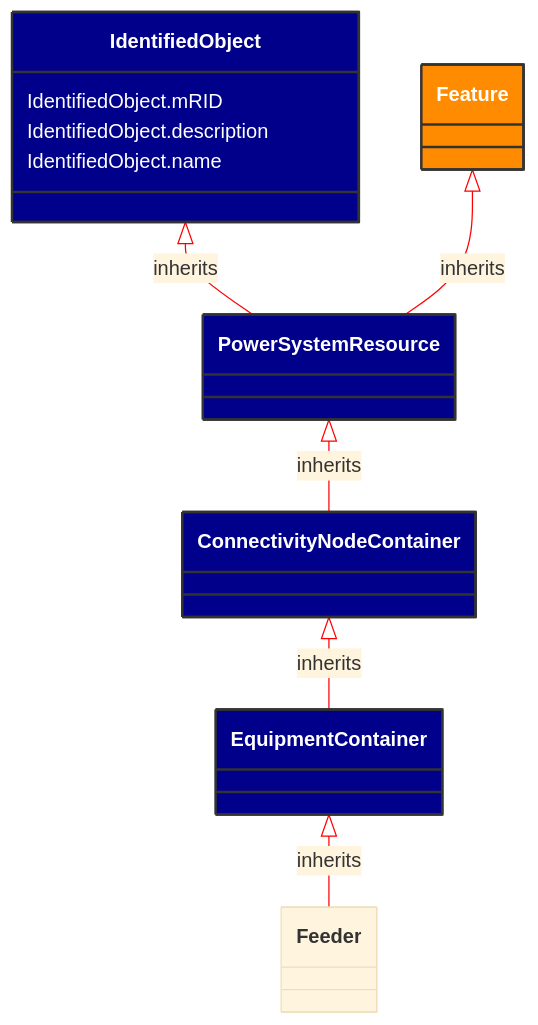
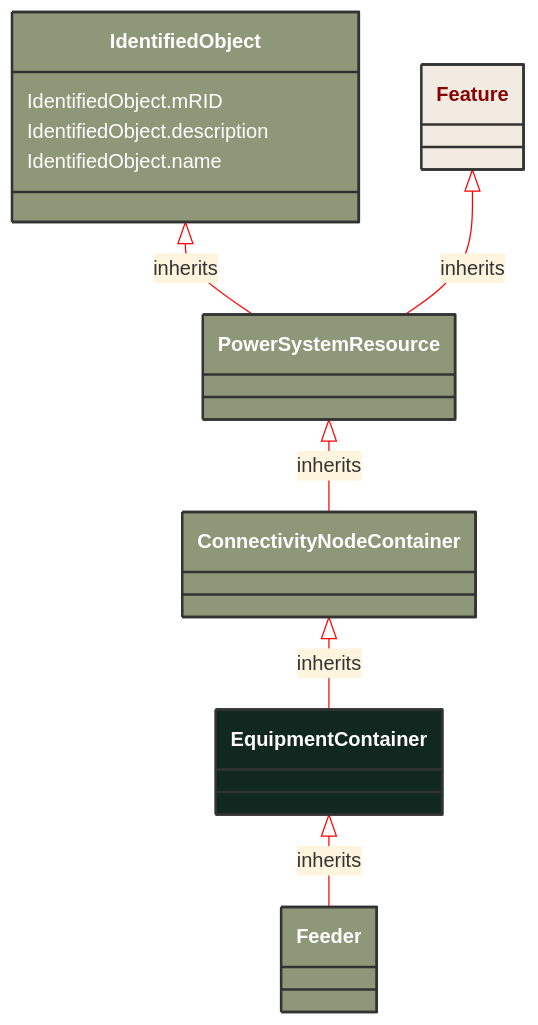
The diagram in docs/Models/Profiles/WattApp/AbstractClasses/EquipmentContainer.md (3lbits/NoCIMExtensions), drawn with Mermaid before and after one commit. The commit also changed 190 other files, not shown here.

````diff
--- a/docs/Models/Profiles/WattApp/AbstractClasses/EquipmentContainer.md
+++ b/docs/Models/Profiles/WattApp/AbstractClasses/EquipmentContainer.md
@@ -10,37 +10,35 @@
 ```mermaid
 %%{init: {'theme':'base','themeVariables': {'lineColor': '#FF0000'}}}%%
 classDiagram
     class EquipmentContainer
     click EquipmentContainer href "/Models/Profiles/WattApp/AbstractClasses/EquipmentContainer/"
-    style EquipmentContainer fill:#006400,stroke:#333,stroke-width:2px,rx:10,ry:10,color:white
+    style EquipmentContainer fill:#102820,stroke:#333,stroke-width:2px,rx:10,ry:10,color:white
 
         EquipmentContainer <|-- Feeder : inherits
-            click EquipmentContainer href "/Models/Profiles/WattApp/AbstractClasses/EquipmentContainer/"
-            style EquipmentContainer fill:#00008B,stroke:#333,stroke-width:2px,rx:10,ry:10,color:white
 
         Feeder
             click Feeder href "/Models/Profiles/WattApp/ConcreteClasses/Feeder/"
-            style EquipmentContainer fill:#00008B,stroke:#333,stroke-width:2px,rx:10,ry:10,color:white
-
+            style Feeder fill:#8F9779,stroke:#333,stroke-width:2px,rx:10,ry:10,color:white
+     
         ConnectivityNodeContainer <|-- EquipmentContainer : inherits
             click ConnectivityNodeContainer href "/Models/Profiles/WattApp/AbstractClasses/ConnectivityNodeContainer/"
-            style ConnectivityNodeContainer fill:#00008B,stroke:#333,stroke-width:2px,rx:10,ry:10,color:white
-
+            style ConnectivityNodeContainer fill:#8F9779,stroke:#333,stroke-width:2px,rx:10,ry:10,color:white
+     
         PowerSystemResource <|-- ConnectivityNodeContainer : inherits
             click PowerSystemResource href "/Models/Profiles/WattApp/AbstractClasses/PowerSystemResource/"
-            style PowerSystemResource fill:#00008B,stroke:#333,stroke-width:2px,rx:10,ry:10,color:white
-
+            style PowerSystemResource fill:#8F9779,stroke:#333,stroke-width:2px,rx:10,ry:10,color:white
+     
         IdentifiedObject <|-- PowerSystemResource : inherits
             click IdentifiedObject href "/Models/Profiles/WattApp/AbstractClasses/IdentifiedObject/"
-            style IdentifiedObject fill:#00008B,stroke:#333,stroke-width:2px,rx:10,ry:10,color:white
+            style IdentifiedObject fill:#8F9779,stroke:#333,stroke-width:2px,rx:10,ry:10,color:white
 
         Feature <|-- PowerSystemResource : inherits
             click Feature href "/Models/Profiles/WattApp/ConcreteClasses/Feature/"
-            style Feature fill:#FF8C00,stroke:#333,stroke-width:2px,rx:10,ry:10,color:white
+            style Feature fill:#F2EBE2,stroke:#333,stroke-width:2px,rx:10,ry:10,color:#8A0303
 
 
 
         IdentifiedObject : IdentifiedObject.mRID
         IdentifiedObject : IdentifiedObject.description
         IdentifiedObject : IdentifiedObject.name
 ```
````
